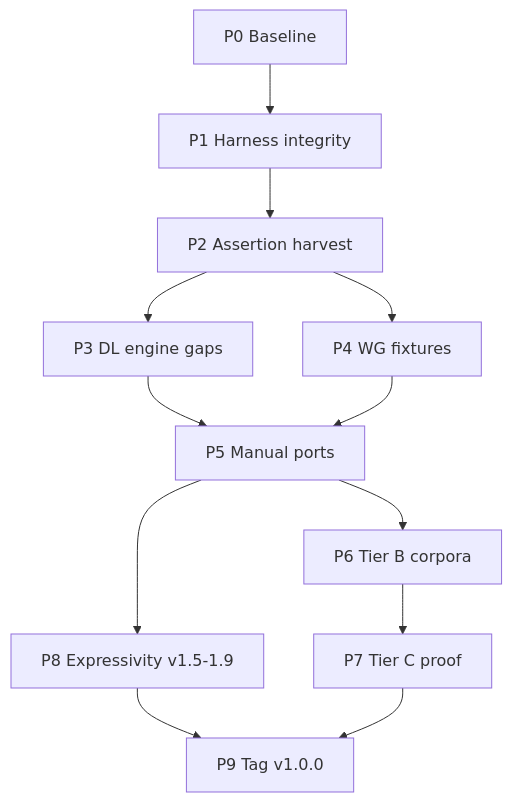
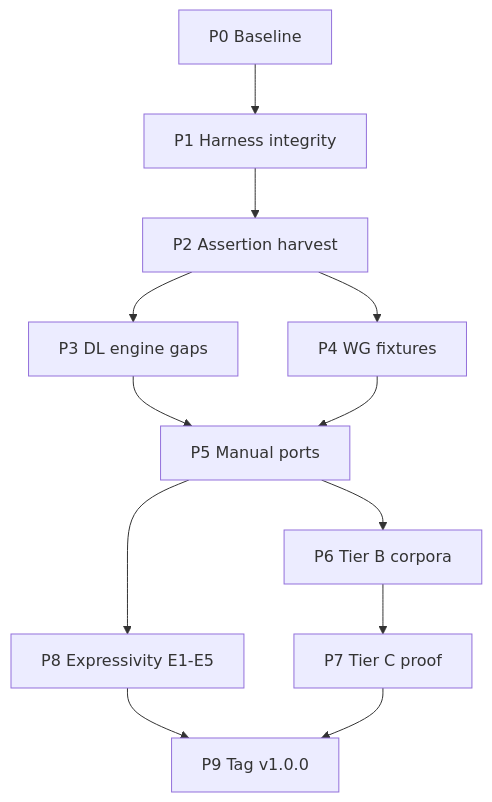
Before and after one commit to eddiethedean/ontologos: the second of 3 diagrams in docs/internal/roadmap.md, drawn with Mermaid. The commit also changed other lines of this file and 5 other files, not shown here.

Commit message:
Add post-1.1 reasoner parity roadmap

````diff
--- a/docs/internal/roadmap.md
+++ b/docs/internal/roadmap.md
@@ -157,22 +157,22 @@
 ```mermaid
 flowchart TB
   P0[P0 Baseline]
   P1[P1 Harness integrity]
   P2[P2 Assertion harvest]
   P3[P3 DL engine gaps]
   P4[P4 WG fixtures]
   P5[P5 Manual ports]
   P6[P6 Tier B corpora]
   P7[P7 Tier C proof]
-  P8[P8 Expressivity v1.5-1.9]
+  P8[P8 Expressivity E1-E5]
   P9[P9 Tag v1.0.0]
 
   P0 --> P1 --> P2 --> P3
   P2 --> P4
   P3 --> P5
   P4 --> P5
   P5 --> P6 --> P7
   P8 --> P9
   P5 --> P8
   P7 --> P9
 ```
````
